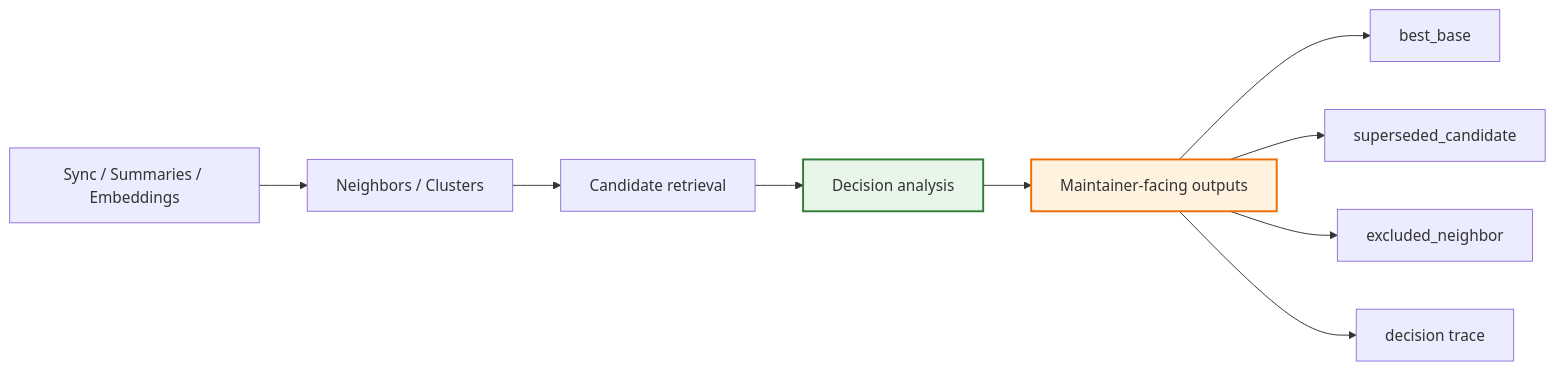
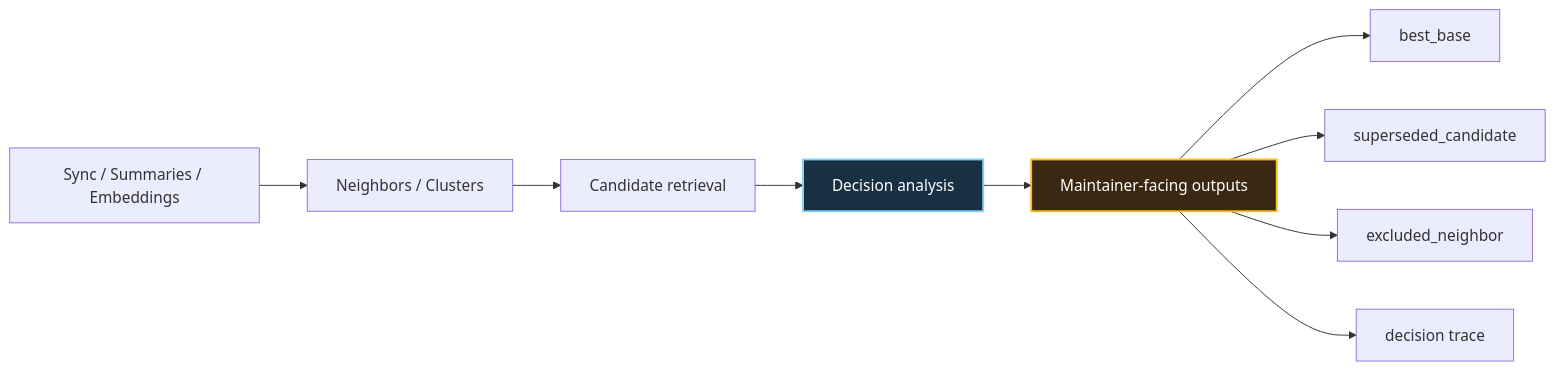
The second of 6 diagrams in docs/designs/maintainer-decision-layer.md (pwrdrvr/ghcrawl), drawn with Mermaid before and after one commit. The commit also changed other lines of this file and 1 other file, not shown here.

Commit message:
docs: clarify roadmap boundaries and diagram contrast

````diff
--- a/docs/designs/maintainer-decision-layer.md
+++ b/docs/designs/maintainer-decision-layer.md
@@ -63,15 +63,15 @@
 ```mermaid
 flowchart LR
     A[Sync / Summaries / Embeddings] --> B[Neighbors / Clusters]
     B --> C[Candidate retrieval]
     C --> D[Decision analysis]
     D --> E[Maintainer-facing outputs]
 
     E --> E1[best_base]
     E --> E2[superseded_candidate]
     E --> E3[excluded_neighbor]
     E --> E4[decision trace]
 
-    style D fill:#e8f5e9,stroke:#2e7d32,stroke-width:2px
-    style E fill:#fff3e0,stroke:#ef6c00,stroke-width:2px
+    style D fill:#173042,stroke:#7dd3fc,stroke-width:2px,color:#ffffff
+    style E fill:#3a2812,stroke:#fbbf24,stroke-width:2px,color:#ffffff
 ```
````
